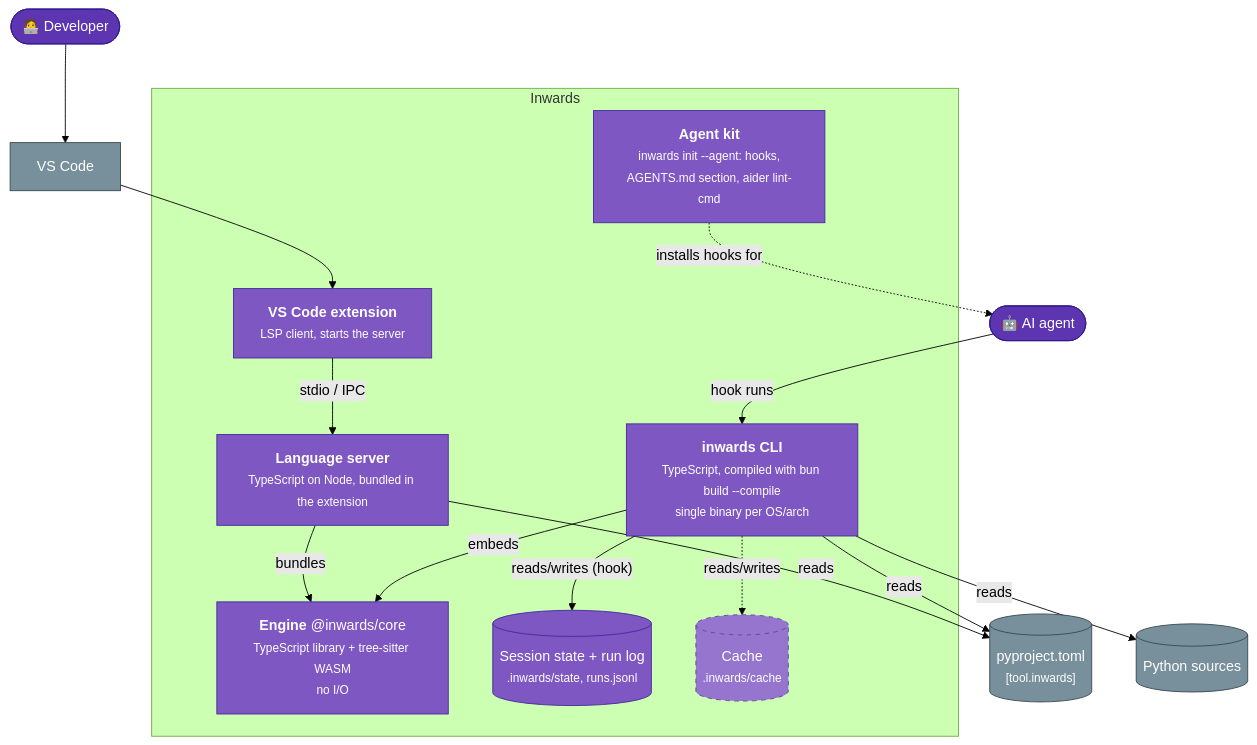
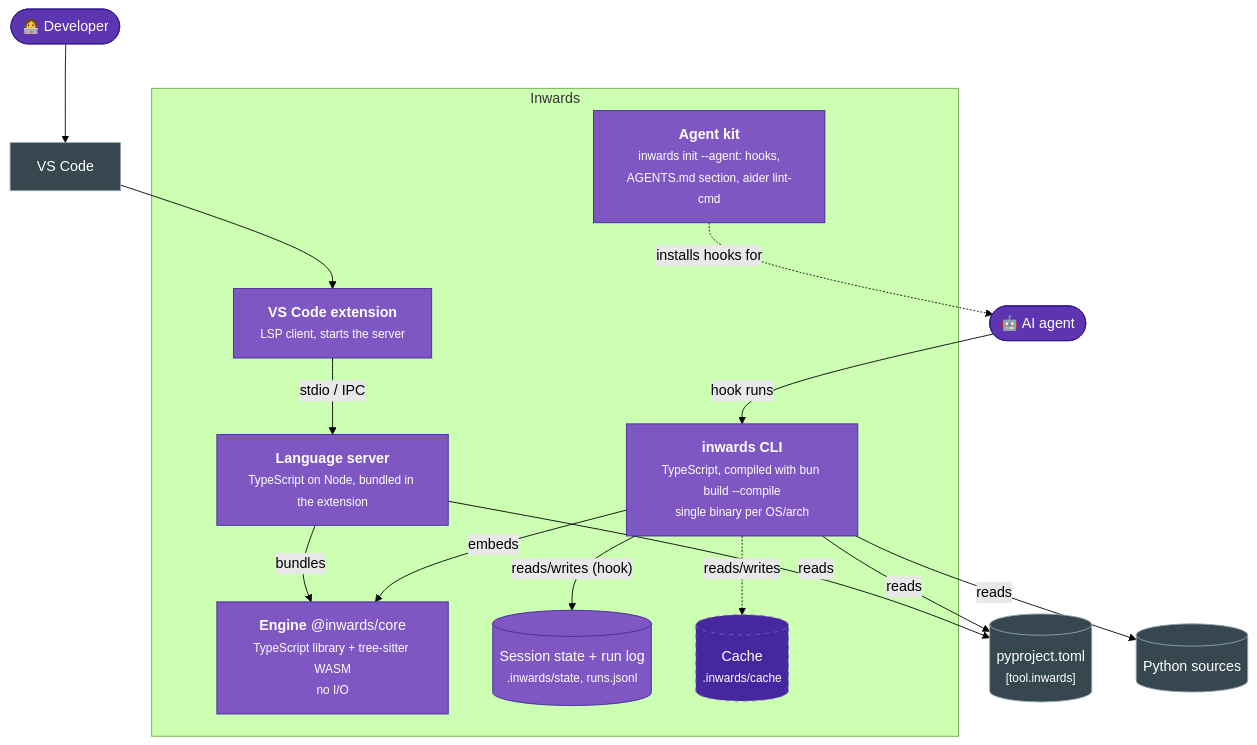
Before and after one commit to SirCypkowskyy/inwards: the second of 6 diagrams in docs/chapters/03-Architecture-C4.md, drawn with Mermaid (forest theme). The commit also changed other lines of this file and 4 other files, not shown here.

````diff
--- a/docs/chapters/03-Architecture-C4.md
+++ b/docs/chapters/03-Architecture-C4.md
@@ -52,40 +52,40 @@
 ```mermaid
 flowchart TB
     agent(["🤖 AI agent"])
     dev(["🧑‍💻 Developer"])
 
     subgraph dist["Inwards"]
         cli["<b>inwards CLI</b><br/><small>TypeScript, compiled with bun build --compile<br/>single binary per OS/arch</small>"]
         lsp["<b>Language server</b><br/><small>TypeScript on Node, bundled in the extension</small>"]
         ext["<b>VS Code extension</b><br/><small>LSP client, starts the server</small>"]
         core["<b>Engine</b> @inwards/core<br/><small>TypeScript library + tree-sitter WASM<br/>no I/O</small>"]
         hooks["<b>Agent kit</b><br/><small>inwards init --agent: hooks,<br/>AGENTS.md section, aider lint-cmd</small>"]
         state[("Session state + run log<br/><small>.inwards/state, runs.jsonl</small>")]
         cache[("Cache<br/><small>.inwards/cache</small>")]
     end
 
     config[("pyproject.toml<br/><small>[tool.inwards]</small>")]
     src[("Python sources")]
     vscode["VS Code"]
 
     agent -- "hook runs" --> cli
     hooks -. "installs hooks for" .-> agent
     dev --> vscode --> ext -- "stdio / IPC" --> lsp
     cli -- "embeds" --> core
     lsp -- "bundles" --> core
     cli -- "reads" --> config
     cli -- "reads" --> src
     lsp -- "reads" --> config
     cli -- "reads/writes (hook)" --> state
     cli -. "reads/writes" .-> cache
 
     classDef person fill:#5e35b1,color:#fff,stroke:#311b92
     classDef container fill:#7e57c2,color:#fff,stroke:#4527a0
-    classDef planned fill:#9575cd,color:#fff,stroke:#673ab7,stroke-dasharray:5 5
-    classDef ext fill:#78909c,color:#fff,stroke:#37474f
+    classDef planned fill:#4527a0,color:#fff,stroke:#7e57c2,stroke-dasharray:5 5
+    classDef ext fill:#37474f,color:#fff,stroke:#90a4ae
     class agent,dev person
     class cli,lsp,ext,core container
     class hooks,state container
     class cache planned
     class config,src,vscode ext
 ```
````
